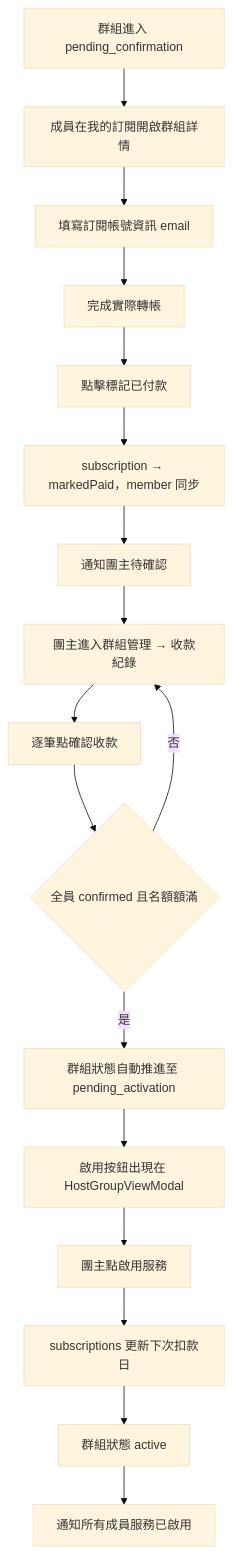
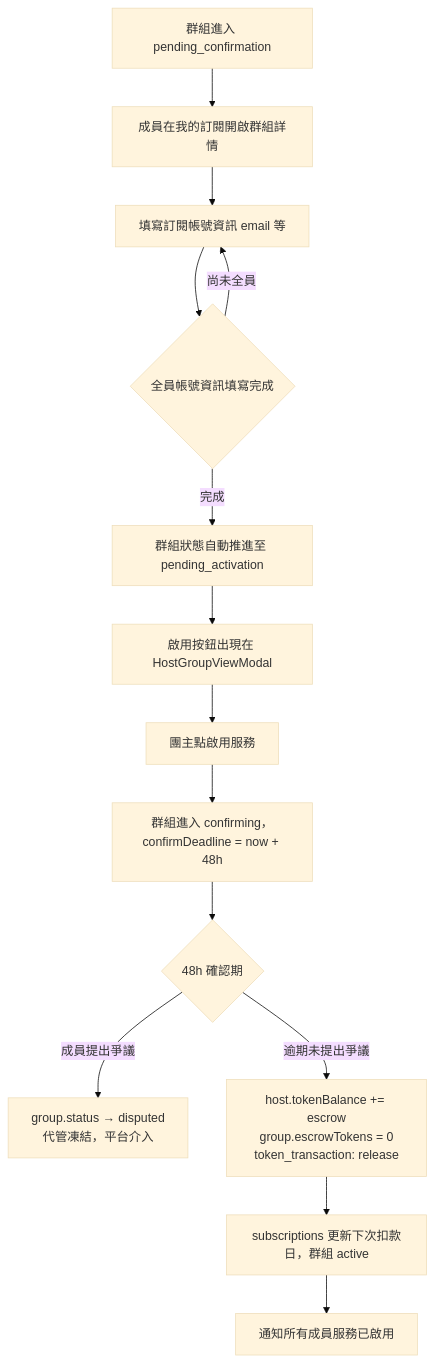
Before and after one commit to s1092055/PartyMatch: the fifth of 7 diagrams in docs/user-flows.md, drawn with Mermaid (base theme). The commit also changed other lines of this file and 3 other files, not shown here.

````diff
--- a/docs/user-flows.md
+++ b/docs/user-flows.md
@@ -152,19 +165,16 @@
 ```mermaid
 flowchart TD
   A[群組進入 pending_confirmation] --> B[成員在我的訂閱開啟群組詳情]
-  B --> C[填寫訂閱帳號資訊 email]
-  C --> D[完成實際轉帳]
-  D --> E[點擊標記已付款]
-  E --> F[subscription → markedPaid，member 同步]
-  F --> G[通知團主待確認]
-  G --> H[團主進入群組管理 → 收款紀錄]
-  H --> I[逐筆點確認收款]
-  I --> J{全員 confirmed 且名額額滿}
-  J -->|否| H
-  J -->|是| K[群組狀態自動推進至 pending_activation]
-  K --> L[啟用按鈕出現在 HostGroupViewModal]
-  L --> M[團主點啟用服務]
-  M --> N[subscriptions 更新下次扣款日]
-  N --> O[群組狀態 active]
-  O --> P[通知所有成員服務已啟用]
+  B --> C[填寫訂閱帳號資訊 email 等]
+  C --> D{全員帳號資訊填寫完成}
+  D -->|尚未全員| C
+  D -->|完成| E[群組狀態自動推進至 pending_activation]
+  E --> F[啟用按鈕出現在 HostGroupViewModal]
+  F --> G[團主點啟用服務]
+  G --> H[群組進入 confirming，confirmDeadline = now + 48h]
+  H --> I{48h 確認期}
+  I -->|成員提出爭議| K[group.status → disputed\n代管凍結，平台介入]
+  I -->|逾期未提出爭議| J[host.tokenBalance += escrow\ngroup.escrowTokens = 0\ntoken_transaction: release]
+  J --> L[subscriptions 更新下次扣款日，群組 active]
+  L --> M[通知所有成員服務已啟用]
 ```
````
